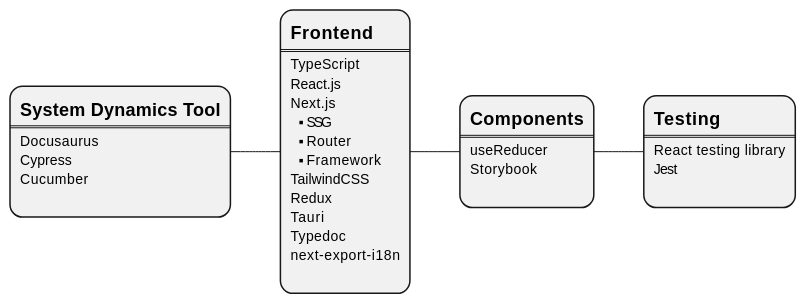
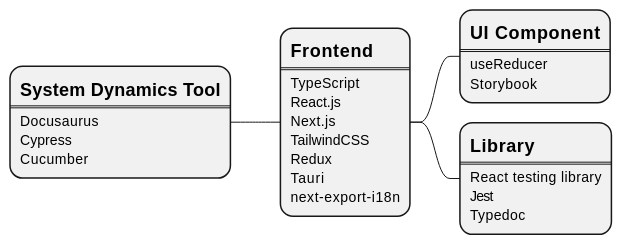
Before and after one commit to cidhuang/system-dynamics-tool: the diagram in docusaurus/docs/intro.md, drawn with PlantUML. The commit also changed other lines of this file and 1 other file, not shown here.

Commit message:
docs: change Plan page
change Ecosystem
add View Zoom In/Out in section Commands

```diff
--- a/docusaurus/docs/intro.md
+++ b/docusaurus/docs/intro.md
@@ -12,38 +12,31 @@
 ====
 Docusaurus
 Cypress
-Cucumber
-;
+Cucumber;
 
 **:= Frontend
 ====
 TypeScript
 React.js
 Next.js
-** SSG
-** Router
-** Framework
 TailwindCSS
 Redux
 Tauri
-Typedoc
-next-export-i18n
-;
+next-export-i18n;
 
 
 
-***:= Components
+***:= UI Component
 ====
 useReducer
-Storybook
-;
+Storybook;
 
 
-****:= Testing
+***:= Library
 ====
 React testing library
 Jest
-;
+Typedoc;
 
 /'
 **:= To Do
```
